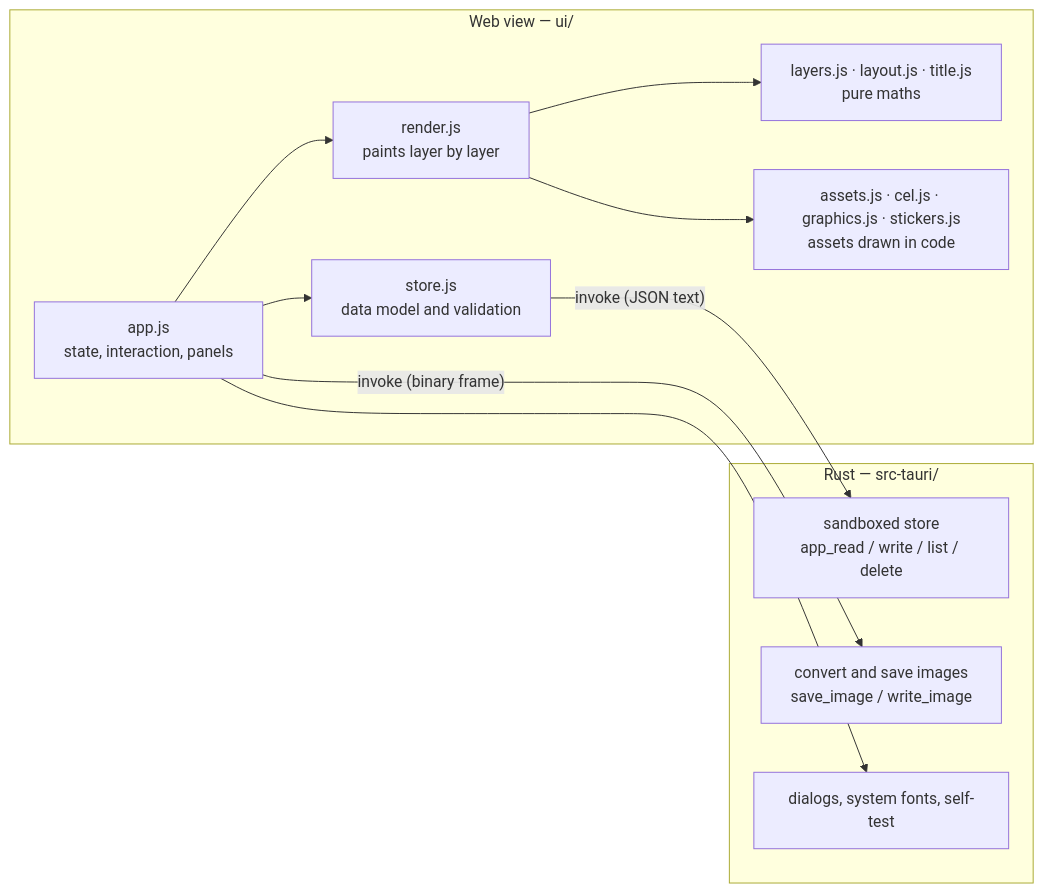
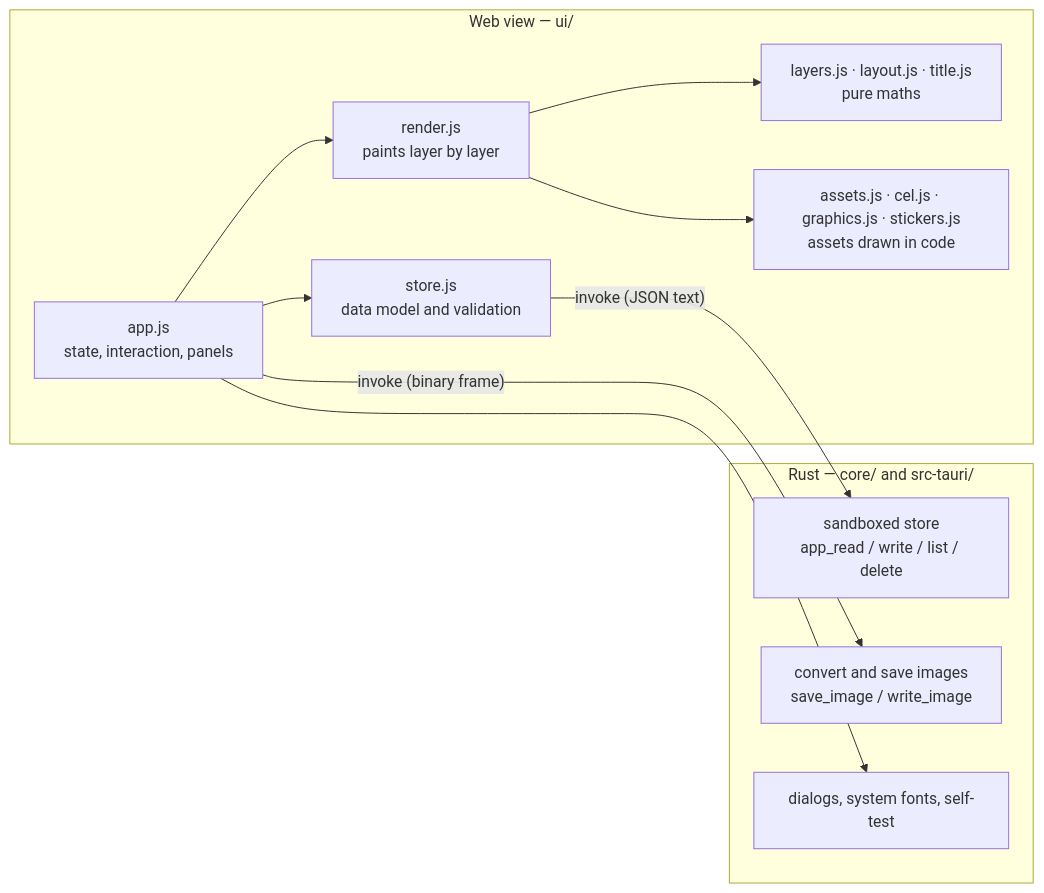
Before and after one commit to cybertheye/smedcover: the diagram in ARCHITECTURE.md, drawn with Mermaid. The commit also changed other lines of this file and 3 other files, not shown here.

````diff
--- a/ARCHITECTURE.md
+++ b/ARCHITECTURE.md
@@ -14,21 +14,21 @@
 ```mermaid
 flowchart LR
   subgraph WebView["Web view — ui/"]
     app["app.js<br/>state, interaction, panels"]
     render["render.js<br/>paints layer by layer"]
     model["layers.js · layout.js · title.js<br/>pure maths"]
     assets["assets.js · cel.js · graphics.js · stickers.js<br/>assets drawn in code"]
     store["store.js<br/>data model and validation"]
     app --> render --> model
     render --> assets
     app --> store
   end
-  subgraph Rust["Rust — src-tauri/"]
+  subgraph Rust["Rust — core/ and src-tauri/"]
     fs["sandboxed store<br/>app_read / write / list / delete"]
     enc["convert and save images<br/>save_image / write_image"]
     misc["dialogs, system fonts, self-test"]
   end
   store -- "invoke (JSON text)" --> fs
   app -- "invoke (binary frame)" --> enc
   app --> misc
 ```
````
